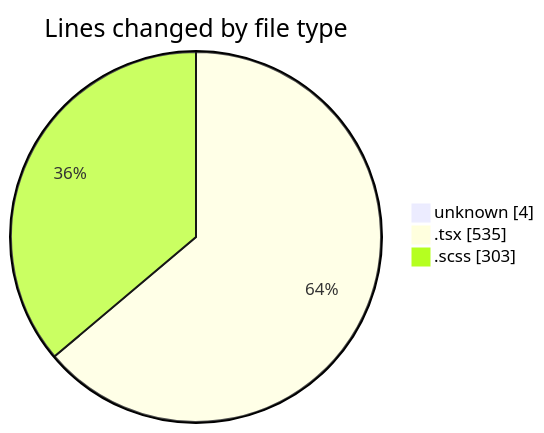
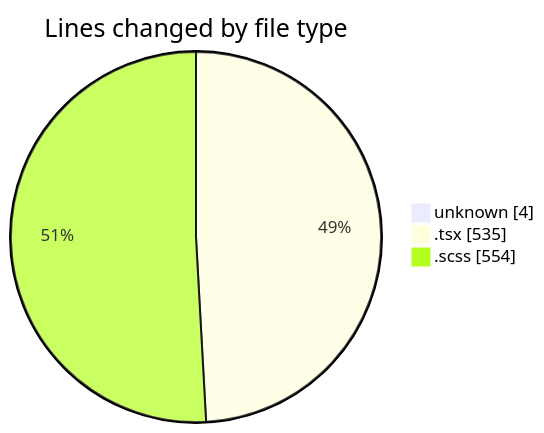
The first of 2 diagrams in 2025-02-14/cda/README.md (momahboobian/code-tracking), drawn with Mermaid before and after one commit. The commit also changed other lines of this file and 1 other file, not shown here.

````diff
--- a/2025-02-14/cda/README.md
+++ b/2025-02-14/cda/README.md
@@ -23,7 +24,7 @@
 ```mermaid
 pie showData
 title Lines changed by file type
 "unknown" : 4
 ".tsx" : 535
-".scss" : 303
+".scss" : 554
 ```
````
